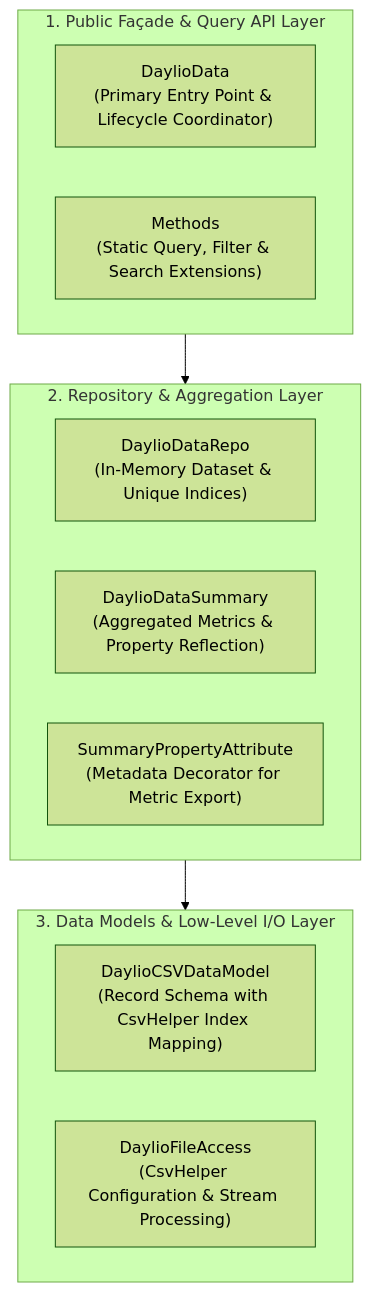
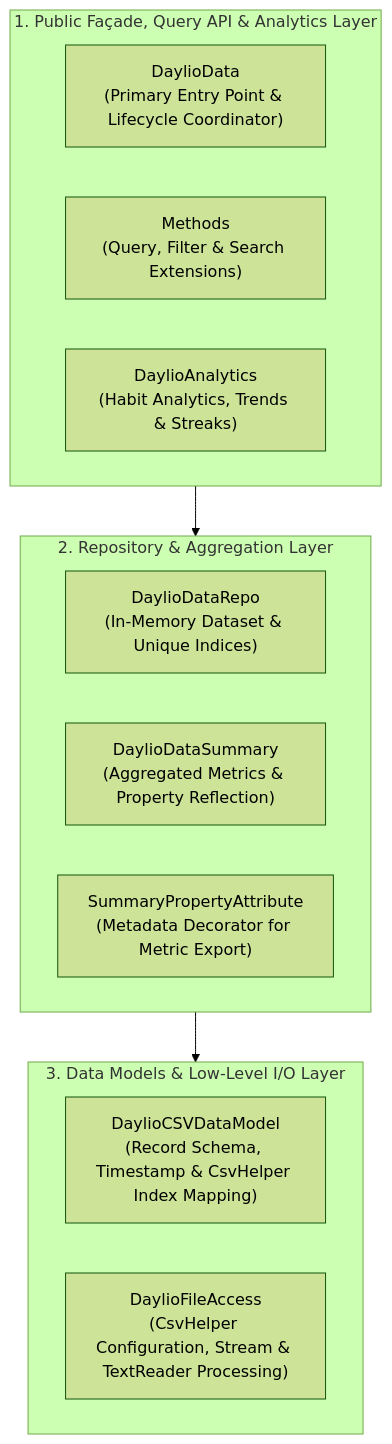
One commit to jav76/DaylioData changed the diagram in docs/architecture/overview.md. Above: the diagram before and after it, drawn with Mermaid (forest theme). The commit also changed other lines of this file and 16 other files, not shown here.

Commit message:
Refactor DaylioData methods to use extension methods for improved readability and usability; enhance CSV data model with timestamp property; optimize data summary calculations; introduce DaylioAnalytics for advanced insights; add comprehensive unit tests for new features and methods.

````diff
--- a/docs/architecture/overview.md
+++ b/docs/architecture/overview.md
@@ -11,21 +11,22 @@
 ```mermaid
 flowchart TB
-    subgraph Layer1["1. Public Façade & Query API Layer"]
+    subgraph Layer1["1. Public Façade, Query API & Analytics Layer"]
         Facade["DaylioData<br/>(Primary Entry Point & Lifecycle Coordinator)"]
-        Methods["Methods<br/>(Static Query, Filter & Search Extensions)"]
+        Methods["Methods<br/>(Query, Filter & Search Extensions)"]
+        Analytics["DaylioAnalytics<br/>(Habit Analytics, Trends & Streaks)"]
     end
 
     subgraph Layer2["2. Repository & Aggregation Layer"]
         Repo["DaylioDataRepo<br/>(In-Memory Dataset & Unique Indices)"]
         Summary["DaylioDataSummary<br/>(Aggregated Metrics & Property Reflection)"]
         Attr["SummaryPropertyAttribute<br/>(Metadata Decorator for Metric Export)"]
     end
 
     subgraph Layer3["3. Data Models & Low-Level I/O Layer"]
-        Model["DaylioCSVDataModel<br/>(Record Schema with CsvHelper Index Mapping)"]
-        FileAccess["DaylioFileAccess<br/>(CsvHelper Configuration & Stream Processing)"]
+        Model["DaylioCSVDataModel<br/>(Record Schema, Timestamp & CsvHelper Index Mapping)"]
+        FileAccess["DaylioFileAccess<br/>(CsvHelper Configuration, Stream & TextReader Processing)"]
     end
 
     Layer1 --> Layer2
     Layer2 --> Layer3
 ```
````
